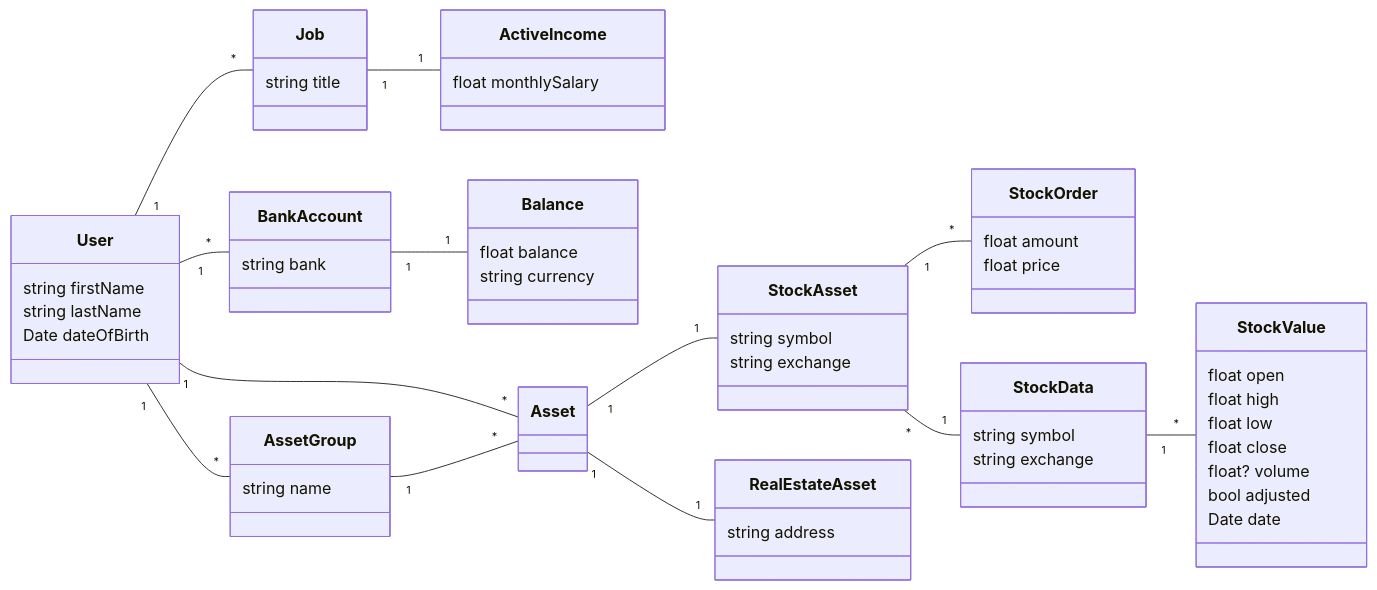
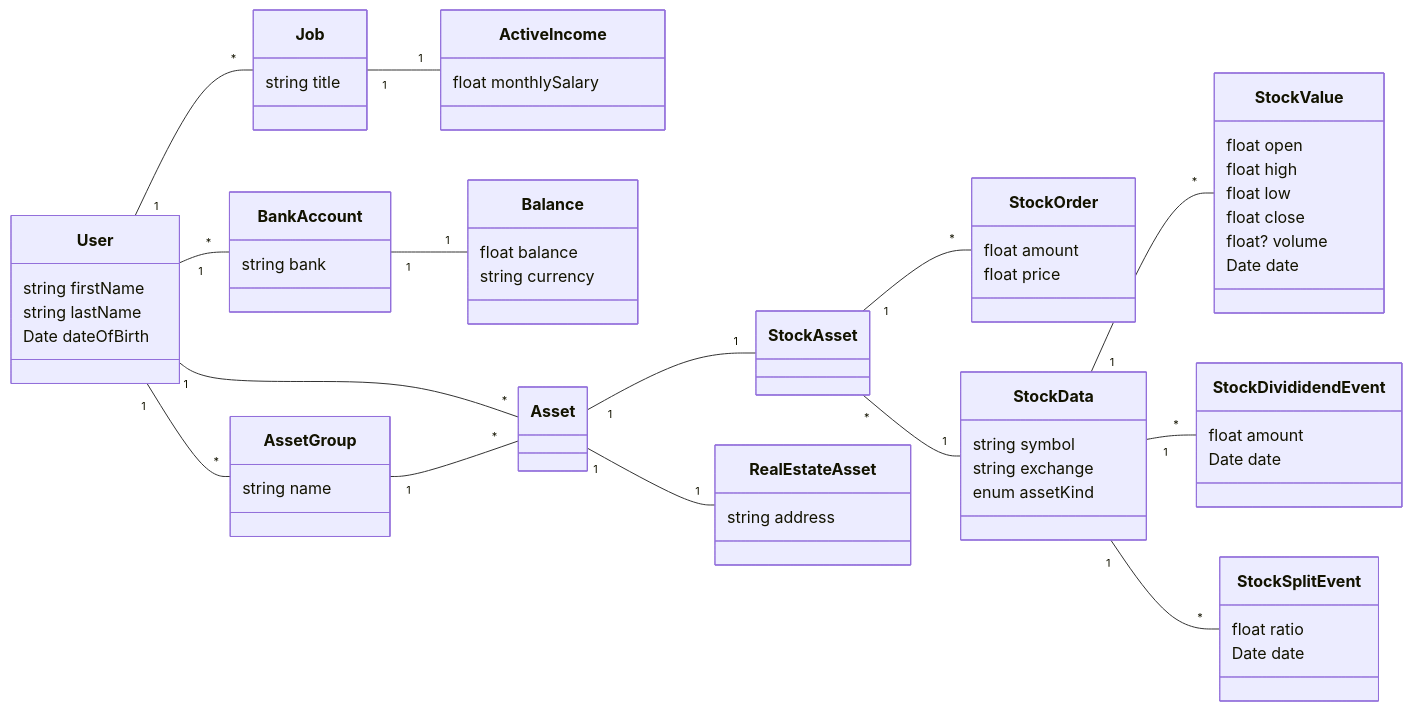
Before and after one commit to rafaeltab/Finance: the diagram in designs/domain/classDiagram.md, drawn with Mermaid. The commit also changed 36 other files, not shown here.

Commit message:
Add stock data

````diff
--- a/designs/domain/classDiagram.md
+++ b/designs/domain/classDiagram.md
@@ -1,67 +1,76 @@
 ```mermaid
 classDiagram
 	direction LR
     class ActiveIncome{
         float monthlySalary
     }
     class Job{
 		string title
     }
     class User{
 		string firstName
 		string lastName
 		Date dateOfBirth
     }
     class BankAccount{
 		string bank
     }
     class Balance{
 		float balance
 		string currency
     }
     class AssetGroup{
 		string name
     }
     class Asset{
 
     }
     class StockAsset {
-		string symbol
-		string exchange
     }
 	class StockOrder {
 		float amount
 		float price
 	}
     class RealEstateAsset{
 		string address
     }
     class StockData{
 		string symbol
 		string exchange
+		enum assetKind
     }
     class StockValue {
 		float open
 		float high
 		float low
 		float close
 		float? volume
-		bool adjusted
 		Date date
     }
+	class StockDivididendEvent {
+		float amount
+		Date date
+	}
+	class StockSplitEvent {
+		float ratio
+		Date date
+	}
 
     User "1" -- "*" Job
     Job "1" -- "1" ActiveIncome
     User "1" -- "*" BankAccount
     BankAccount "1" -- "1" Balance
 
     User "1" -- "*" AssetGroup
     User "1" -- "*" Asset
     AssetGroup "1" -- "*" Asset
     Asset "1" -- "1" StockAsset
     Asset "1" -- "1" RealEstateAsset
     StockAsset "*" -- "1" StockData
     StockData "1" -- "*" StockValue
 	StockAsset "1" -- "*" StockOrder
+	StockData "1" -- "*" StockDivididendEvent
+	StockData "1" -- "*" StockSplitEvent
+
 
 ```
````
